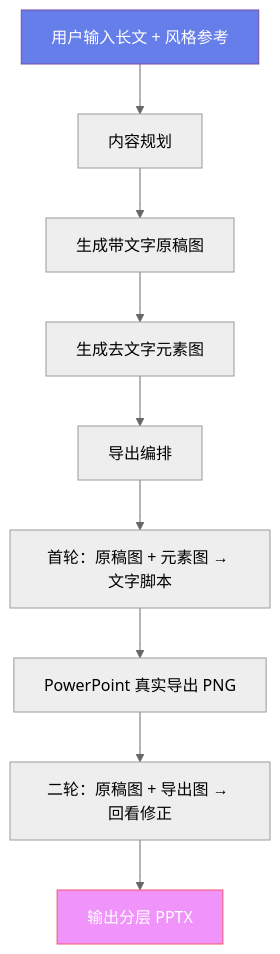
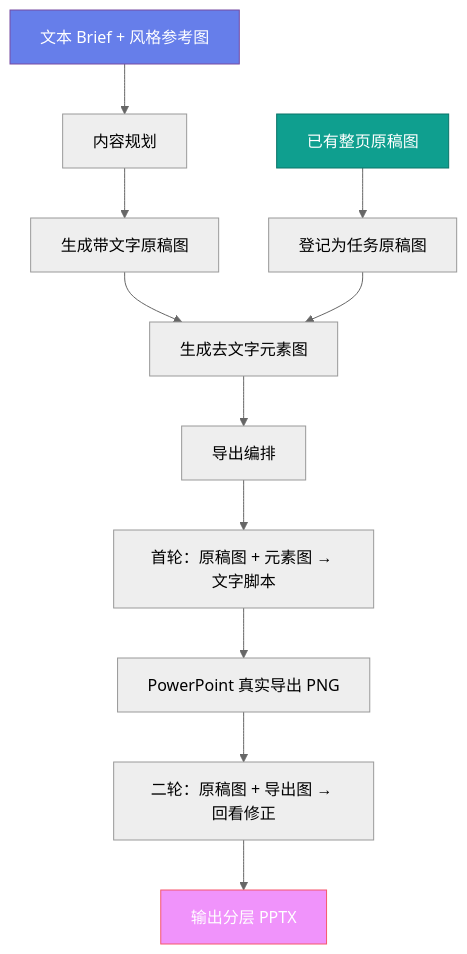
Before and after one commit to 1624899/ai-ppt-maker: the diagram in README.md, drawn with Mermaid (neutral theme). The commit also changed other lines of this file, not shown here.

````diff
--- a/README.md
+++ b/README.md
@@ -83,14 +86,17 @@
 ```mermaid
 flowchart TD
-    A["用户输入长文 + 风格参考"] --> B["内容规划"]
+    A1["文本 Brief + 风格参考图"] --> B["内容规划"]
+    A2["已有整页原稿图"] --> R["登记为任务原稿图"]
     B --> C["生成带文字原稿图"]
     C --> D["生成去文字元素图"]
+    R --> D
     D --> E["导出编排"]
     E --> F["首轮：原稿图 + 元素图 → 文字脚本"]
     F --> G["PowerPoint 真实导出 PNG"]
     G --> H["二轮：原稿图 + 导出图 → 回看修正"]
     H --> I["输出分层 PPTX"]
 
-    style A fill:#667eea,stroke:#764ba2,color:#fff
+    style A1 fill:#667eea,stroke:#764ba2,color:#fff
+    style A2 fill:#0f9f8f,stroke:#0b7469,color:#fff
     style I fill:#f093fb,stroke:#f5576c,color:#fff
 ```
````
